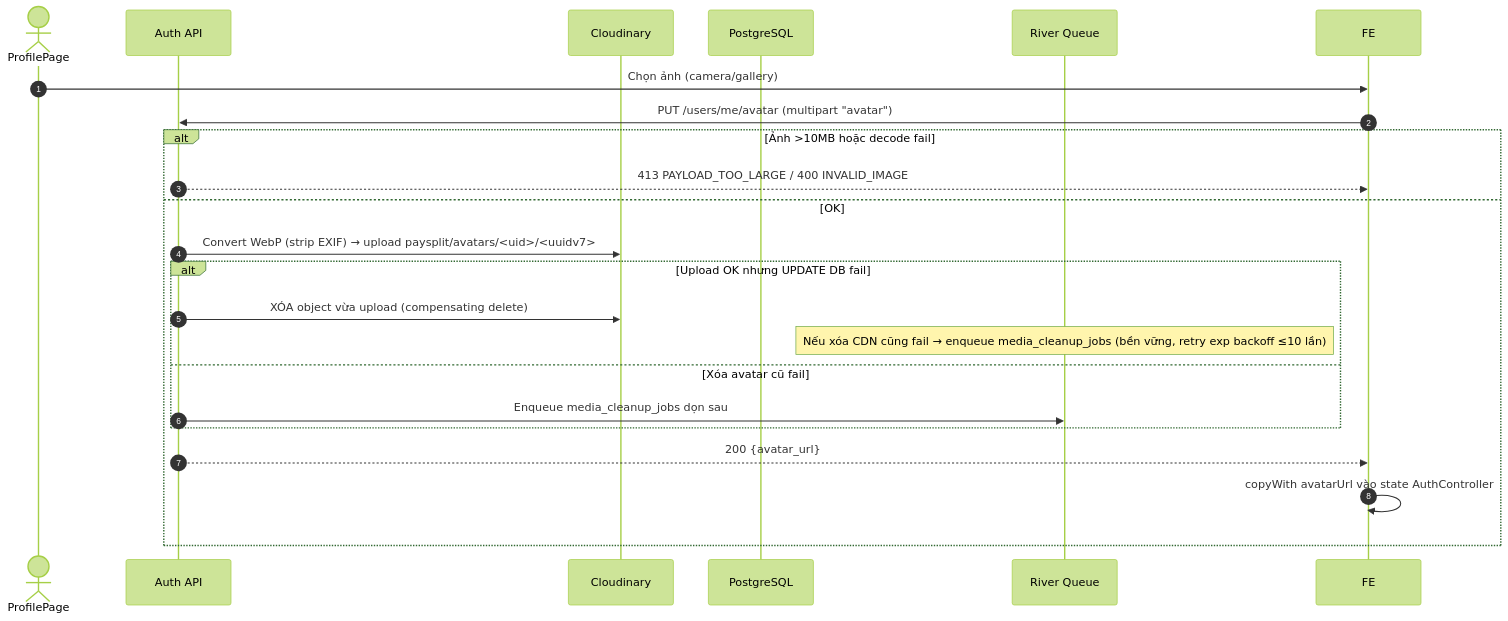
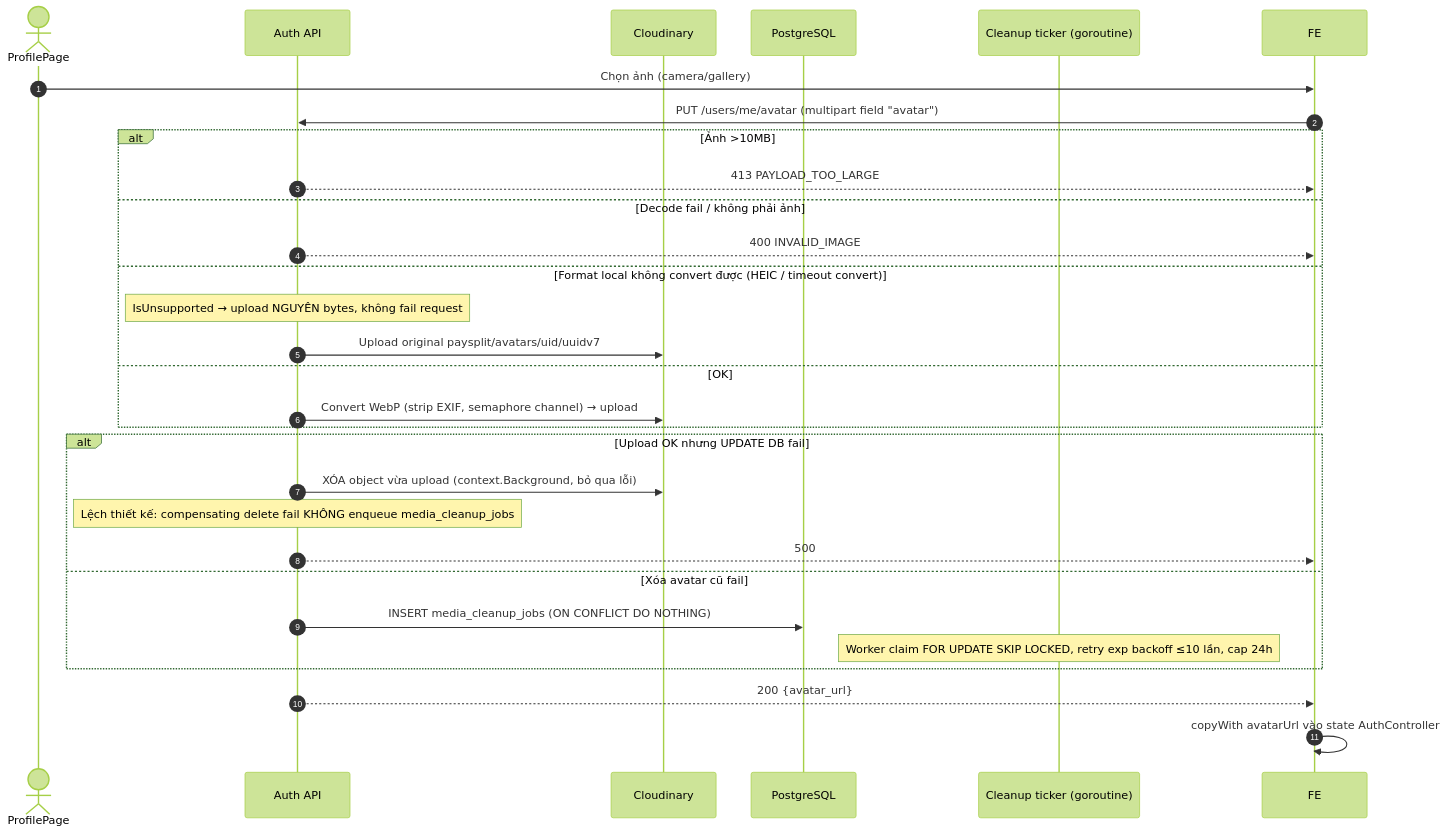
The sixth of 9 diagrams in flow/01-auth.md (FintechVSF-Tranning/PaySplit-RP), drawn with Mermaid (forest theme) before and after one commit. The commit also changed other lines of this file and 3 other files, not shown here.

````diff
--- a/flow/01-auth.md
+++ b/flow/01-auth.md
@@ -227,25 +250,32 @@
 ```mermaid
 sequenceDiagram
     autonumber
     actor U as ProfilePage
     participant BE as Auth API
     participant CDN as Cloudinary
     participant DB as PostgreSQL
-    participant Q as River Queue
+    participant W as Cleanup ticker (goroutine)
 
     U->>FE: Chọn ảnh (camera/gallery)
-    FE->>BE: PUT /users/me/avatar (multipart "avatar")
-    alt Ảnh >10MB hoặc decode fail
-        BE-->>FE: 413 PAYLOAD_TOO_LARGE / 400 INVALID_IMAGE
+    FE->>BE: PUT /users/me/avatar (multipart field "avatar")
+    alt Ảnh >10MB
+        BE-->>FE: 413 PAYLOAD_TOO_LARGE
+    else Decode fail / không phải ảnh
+        BE-->>FE: 400 INVALID_IMAGE
+    else Format local không convert được (HEIC / timeout convert)
+        Note over BE: IsUnsupported → upload NGUYÊN bytes, không fail request
+        BE->>CDN: Upload original paysplit/avatars/uid/uuidv7
     else OK
-        BE->>CDN: Convert WebP (strip EXIF) → upload paysplit/avatars/<uid>/<uuidv7>
-        alt Upload OK nhưng UPDATE DB fail
-            BE->>CDN: XÓA object vừa upload (compensating delete)
-            Note over Q: Nếu xóa CDN cũng fail → enqueue media_cleanup_jobs (bền vững, retry exp backoff ≤10 lần)
-        else Xóa avatar cũ fail
-            BE->>Q: Enqueue media_cleanup_jobs dọn sau
-        end
-        BE-->>FE: 200 {avatar_url}
-        FE->>FE: copyWith avatarUrl vào state AuthController
+        BE->>CDN: Convert WebP (strip EXIF, semaphore channel) → upload
     end
+    alt Upload OK nhưng UPDATE DB fail
+        BE->>CDN: XÓA object vừa upload (context.Background, bỏ qua lỗi)
+        Note over BE: Lệch thiết kế: compensating delete fail KHÔNG enqueue media_cleanup_jobs
+        BE-->>FE: 500
+    else Xóa avatar cũ fail
+        BE->>DB: INSERT media_cleanup_jobs (ON CONFLICT DO NOTHING)
+        Note over W: Worker claim FOR UPDATE SKIP LOCKED, retry exp backoff ≤10 lần, cap 24h
+    end
+    BE-->>FE: 200 {avatar_url}
+    FE->>FE: copyWith avatarUrl vào state AuthController
 ```
````
